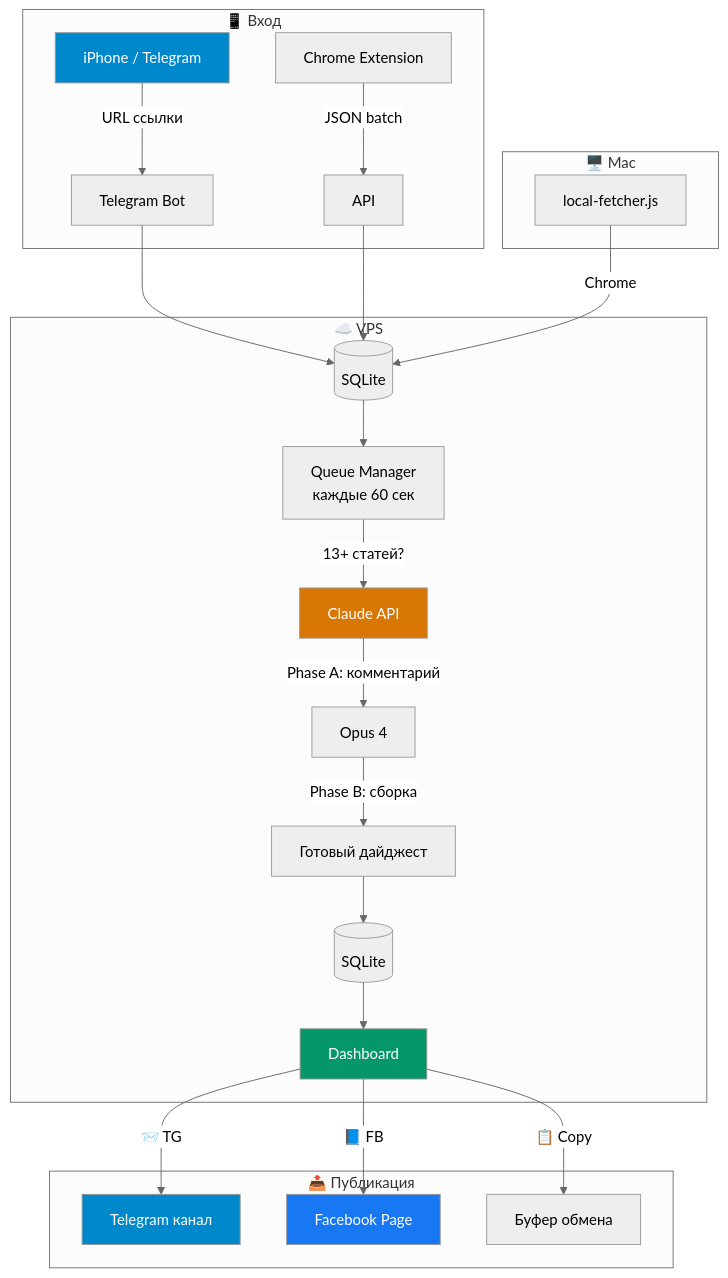
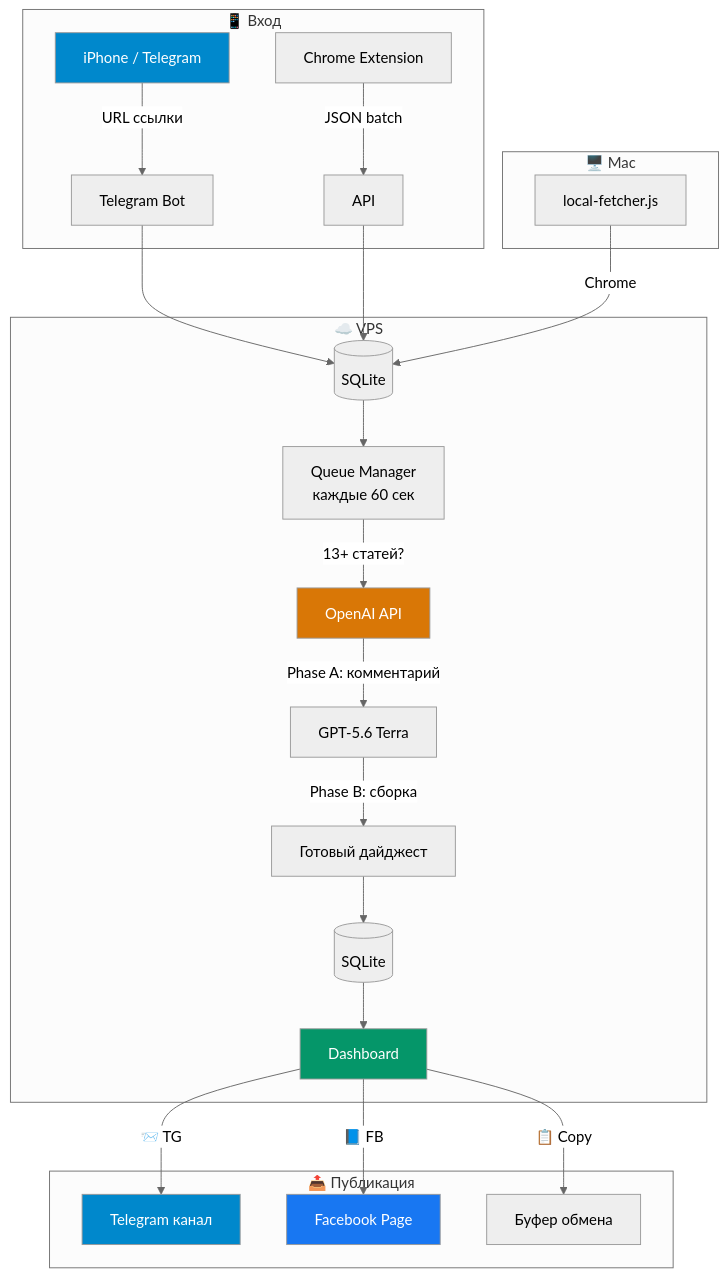
The first of 2 diagrams in README.md (theghostbrief/news), drawn with Mermaid (neutral theme) before and after one commit. The commit also changed other lines of this file and 9 other files, not shown here.

````diff
--- a/README.md
+++ b/README.md
@@ -55,35 +82,35 @@
 ```mermaid
 graph TB
     subgraph "📱 Вход"
         A[iPhone / Telegram] -->|URL ссылки| B[Telegram Bot]
         A2[Chrome Extension] -->|JSON batch| C[API]
     end
 
     subgraph "☁️ VPS"
         B --> D[(SQLite)]
         C --> D
-        E[Queue Manager<br/>каждые 60 сек] -->|13+ статей?| F[Claude API]
+        E[Queue Manager<br/>каждые 60 сек] -->|13+ статей?| F[OpenAI API]
         D --> E
 
-        F -->|Phase A: комментарий| G[Opus 4]
+        F -->|Phase A: комментарий| G[GPT-5.6 Terra]
         G -->|Phase B: сборка| H[Готовый дайджест]
         H --> I[(SQLite)]
         I --> J[Dashboard]
     end
 
     subgraph "📤 Публикация"
         J -->|📨 TG| O[Telegram канал]
         J -->|📘 FB| P[Facebook Page]
         J -->|📋 Copy| Q[Буфер обмена]
     end
 
     subgraph "🖥️ Mac"
         L[local-fetcher.js] -->|Chrome| D
     end
 
     style A fill:#0088cc,color:#fff
     style F fill:#d97706,color:#fff
     style J fill:#059669,color:#fff
     style O fill:#0088cc,color:#fff
     style P fill:#1877f2,color:#fff
 ```
````
